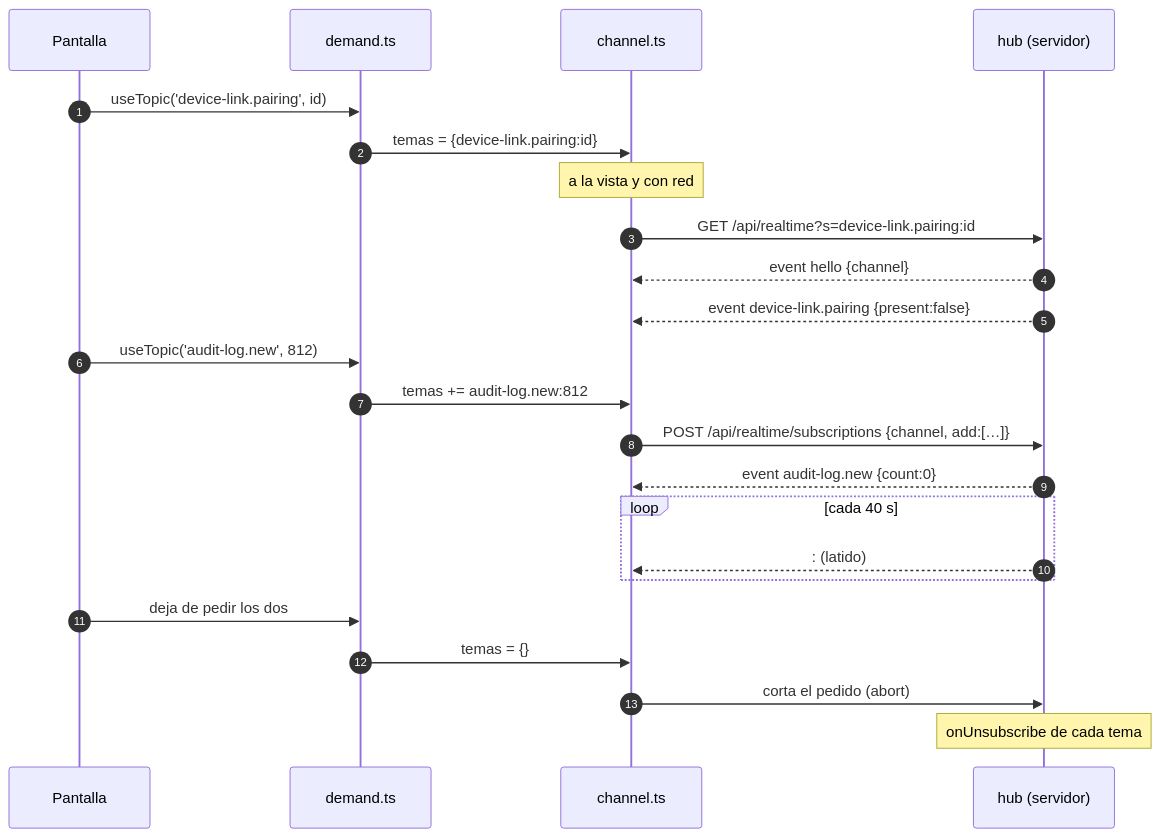
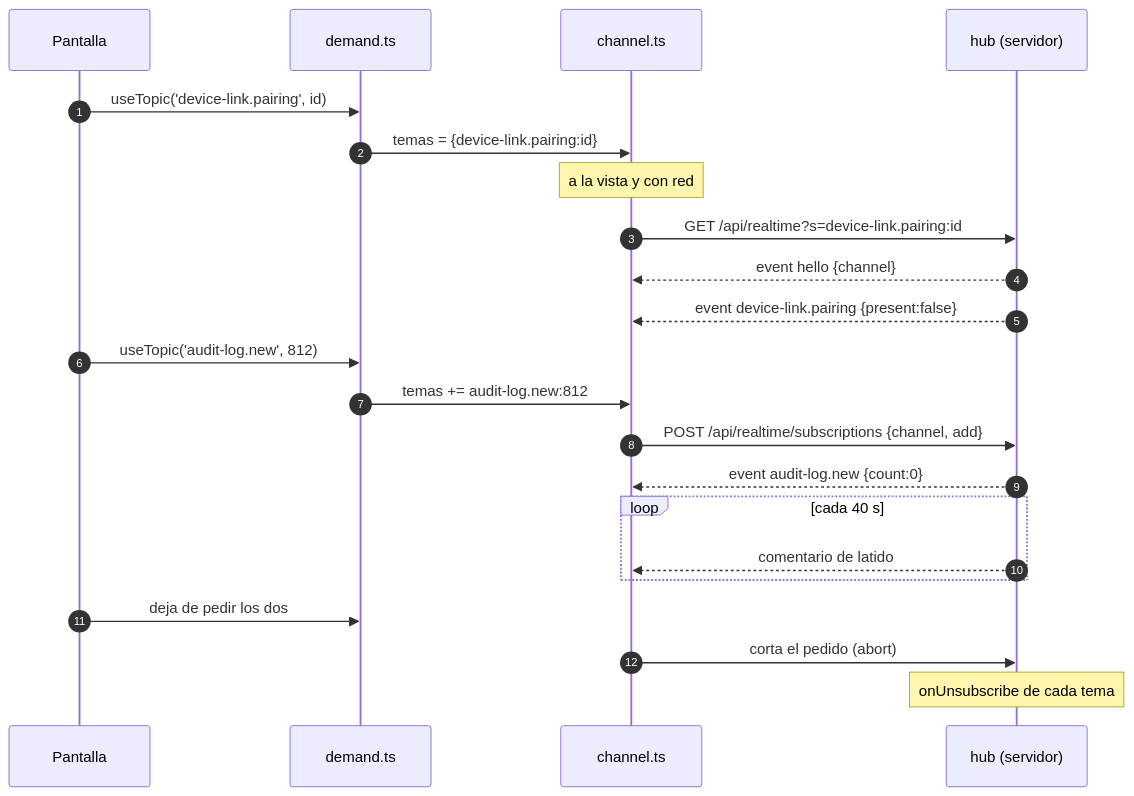
The third of 13 diagrams in docs/technical/modules/device-link.md (carlos-illobre/ferrebress), drawn with Mermaid before and after one commit. The commit also changed other lines of this file and 10 other files, not shown here.

````diff
--- a/docs/technical/modules/device-link.md
+++ b/docs/technical/modules/device-link.md
@@ -232,25 +260,24 @@
 ```mermaid
 sequenceDiagram
   autonumber
   participant P as Pantalla
   participant D as demand.ts
   participant C as channel.ts
   participant S as hub (servidor)
   P->>D: useTopic('device-link.pairing', id)
   D->>C: temas = {device-link.pairing:id}
   Note over C: a la vista y con red
   C->>S: GET /api/realtime?s=device-link.pairing:id
   S-->>C: event hello {channel}
   S-->>C: event device-link.pairing {present:false}
   P->>D: useTopic('audit-log.new', 812)
   D->>C: temas += audit-log.new:812
-  C->>S: POST /api/realtime/subscriptions {channel, add:[…]}
+  C->>S: POST /api/realtime/subscriptions {channel, add}
   S-->>C: event audit-log.new {count:0}
   loop cada 40 s
-    S-->>C: : (latido)
+    S-->>C: comentario de latido
   end
   P->>D: deja de pedir los dos
-  D->>C: temas = {}
   C->>S: corta el pedido (abort)
   Note over S: onUnsubscribe de cada tema
 ```
````
